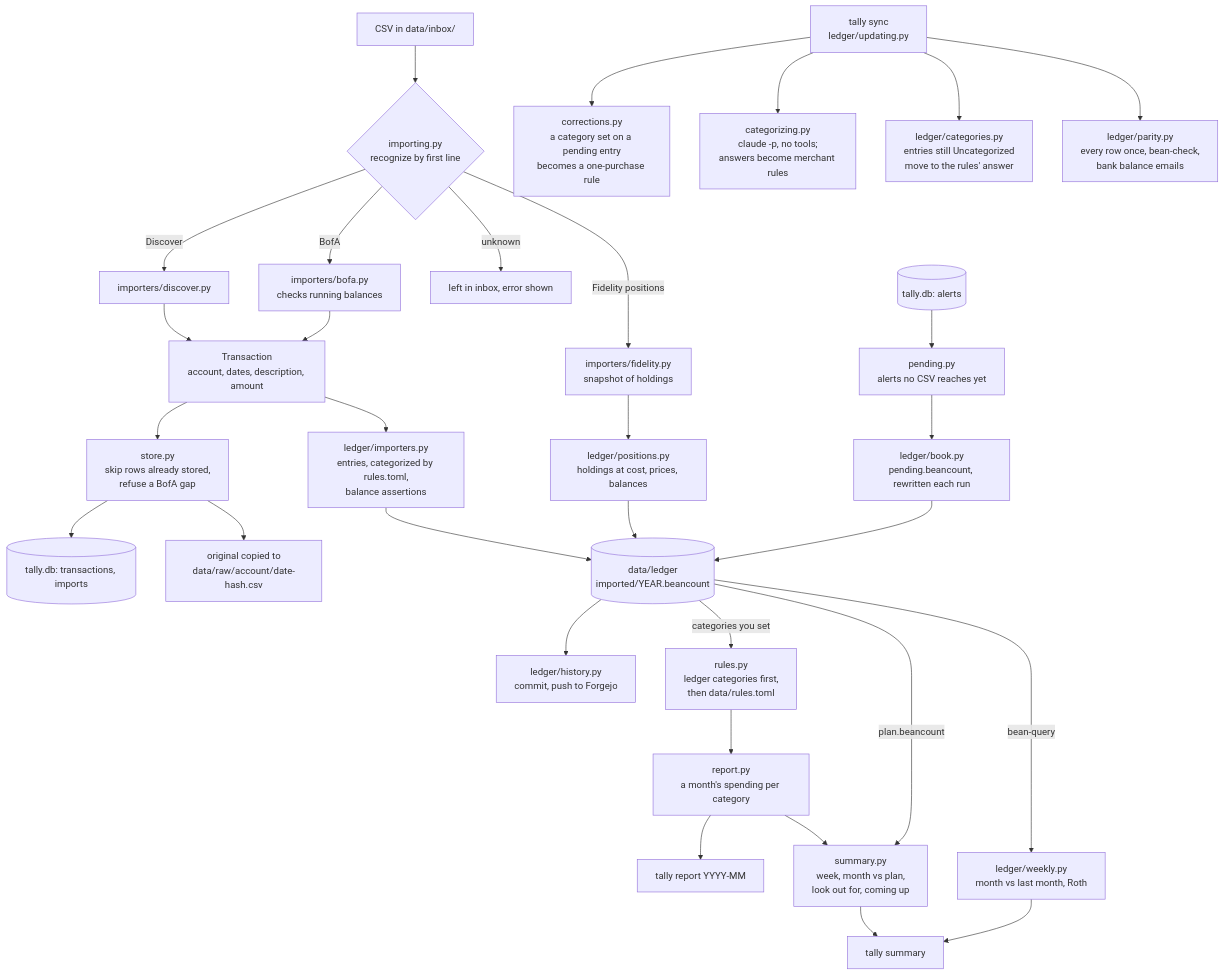
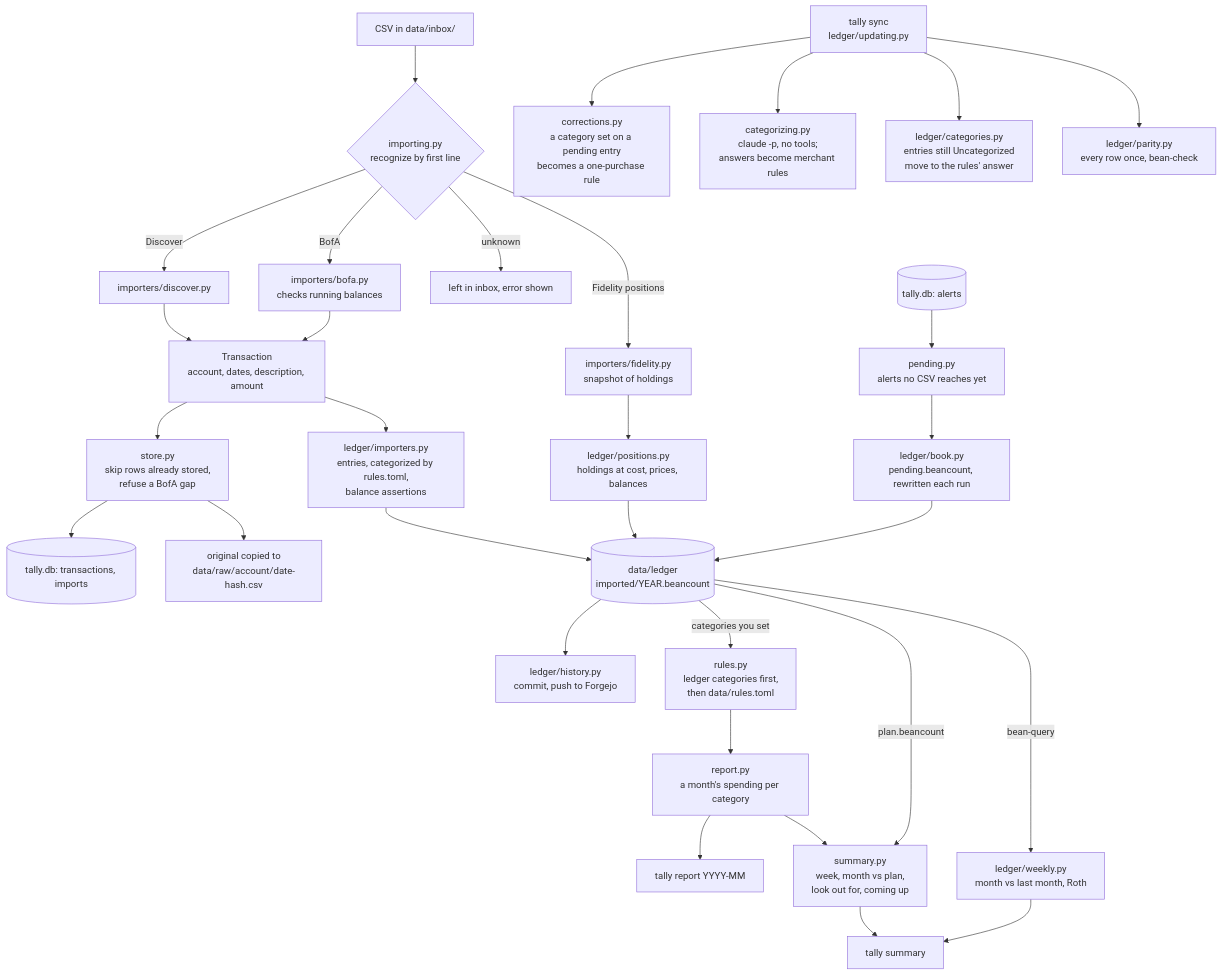
The third of 6 diagrams in docs/architecture.md (vmenon04/tally), drawn with Mermaid before and after one commit. The commit also changed 7 other files, not shown here.

First line of the commit message:
Check each account's balance against the bank's on every sync, in place of BofA's balance email

````diff
--- a/docs/architecture.md
+++ b/docs/architecture.md
@@ -122,36 +122,36 @@
 ```mermaid
 flowchart TD
     csv["CSV in data/inbox/"] --> recognize{"importing.py<br/>recognize by first line"}
     recognize -- "Discover" --> dparse["importers/discover.py"]
     recognize -- "BofA" --> bparse["importers/bofa.py<br/>checks running balances"]
     recognize -- "Fidelity positions" --> fparse["importers/fidelity.py<br/>snapshot of holdings"]
     recognize -- "unknown" --> stay["left in inbox, error shown"]
     dparse --> txn["Transaction<br/>account, dates, description, amount"]
     bparse --> txn
     txn --> save["store.py<br/>skip rows already stored,<br/>refuse a BofA gap"]
     save --> db[("tally.db: transactions, imports")]
     save --> archive["original copied to<br/>data/raw/account/date-hash.csv"]
 
     txn --> extract["ledger/importers.py<br/>entries, categorized by rules.toml,<br/>balance assertions"]
     fparse --> positions["ledger/positions.py<br/>holdings at cost, prices, balances"]
     extract --> ledger[("data/ledger<br/>imported/YEAR.beancount")]
     positions --> ledger
     alerts_db[("tally.db: alerts")] --> waiting["pending.py<br/>alerts no CSV reaches yet"]
     waiting --> pend["ledger/book.py<br/>pending.beancount, rewritten each run"]
     pend --> ledger
     ledger --> history["ledger/history.py<br/>commit, push to Forgejo"]
 
     ledger -- "categories you set" --> rulesx["rules.py<br/>ledger categories first,<br/>then data/rules.toml"]
     rulesx --> rep["report.py<br/>a month's spending per category"]
     rep --> cli_report["tally report YYYY-MM"]
     rep --> weekly["summary.py<br/>week, month vs plan,<br/>look out for, coming up"]
     ledger -- "plan.beancount" --> weekly
     ledger -- "bean-query" --> lreport["ledger/weekly.py<br/>month vs last month, Roth"]
     weekly --> cli_summary["tally summary"]
     lreport --> cli_summary
 
     sync["tally sync<br/>ledger/updating.py"] --> corr["corrections.py<br/>a category set on a pending entry<br/>becomes a one-purchase rule"]
     sync --> claude["categorizing.py<br/>claude -p, no tools;<br/>answers become merchant rules"]
     sync --> moves["ledger/categories.py<br/>entries still Uncategorized<br/>move to the rules' answer"]
-    sync --> parity["ledger/parity.py<br/>every row once, bean-check,<br/>bank balance emails"]
+    sync --> parity["ledger/parity.py<br/>every row once, bean-check"]
 ```
````
